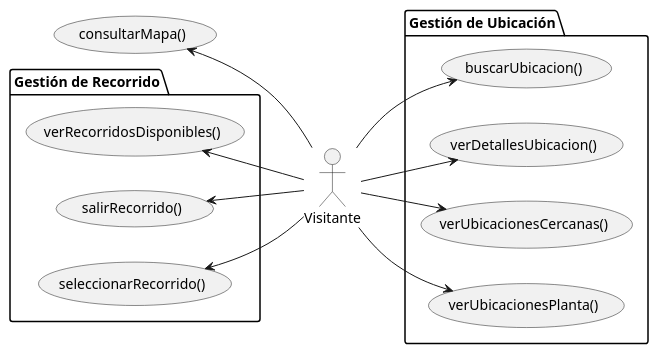
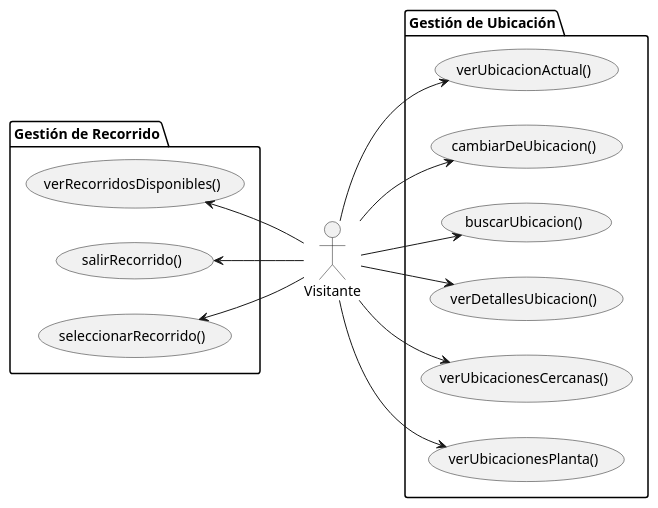
Before and after one commit to Camila-Lesly/25-26-idsw1-sdr: the diagram in documentos/01-casoDeUso/1-CasoDeUso/visitanteCasosDeUso.puml, drawn with PlantUML. The commit also changed 1 other file, not shown here.

Commit message:
fix: update visitante use case diagram

```diff
--- a/documentos/01-casoDeUso/1-CasoDeUso/visitanteCasosDeUso.puml
+++ b/documentos/01-casoDeUso/1-CasoDeUso/visitanteCasosDeUso.puml
@@ -1,32 +1,32 @@
 @startuml
 
 left to right direction
 
 actor "Visitante" as visitante
 
-usecase consultarMapa as "consultarMapa()"
-
 package "Gestión de Ubicación"{
+    usecase verUbicacionActual as "verUbicacionActual()"
+    usecase cambiarDeUbicacion as "cambiarDeUbicacion()"
     usecase buscarUbicacion as "buscarUbicacion()"
     usecase verDetallesUbicación as "verDetallesUbicacion()"
     usecase verUbicacionesCercanas as "verUbicacionesCercanas()"
     usecase verUbicacionesPlanta as "verUbicacionesPlanta()"
 }
 
 package "Gestión de Recorrido"{
     usecase verRecorridosDisponibles as "verRecorridosDisponibles()"
     usecase salirrRecorrido as "salirRecorrido()"
     usecase seleccionarRecorrido as "seleccionarRecorrido()"
 }
 
-visitante -up-> (consultarMapa)
-
+visitante --> (verUbicacionActual)
+visitante --> (cambiarDeUbicacion)
 visitante --> (buscarUbicacion)
 visitante --> (verDetallesUbicación)
 visitante --> (verUbicacionesCercanas)
 visitante --> (verUbicacionesPlanta)
 
 (seleccionarRecorrido) <-- visitante
 (verRecorridosDisponibles) <-- visitante
 (salirrRecorrido) <-- visitante
 @enduml
```
